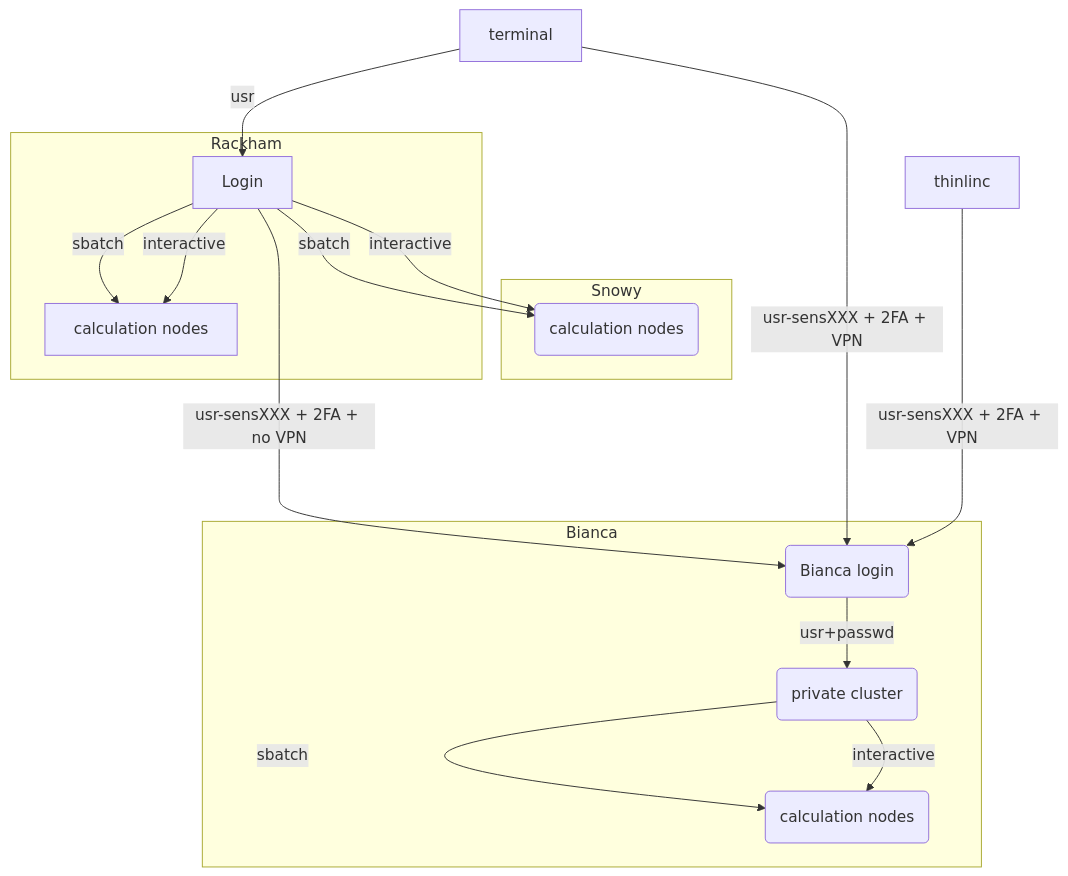
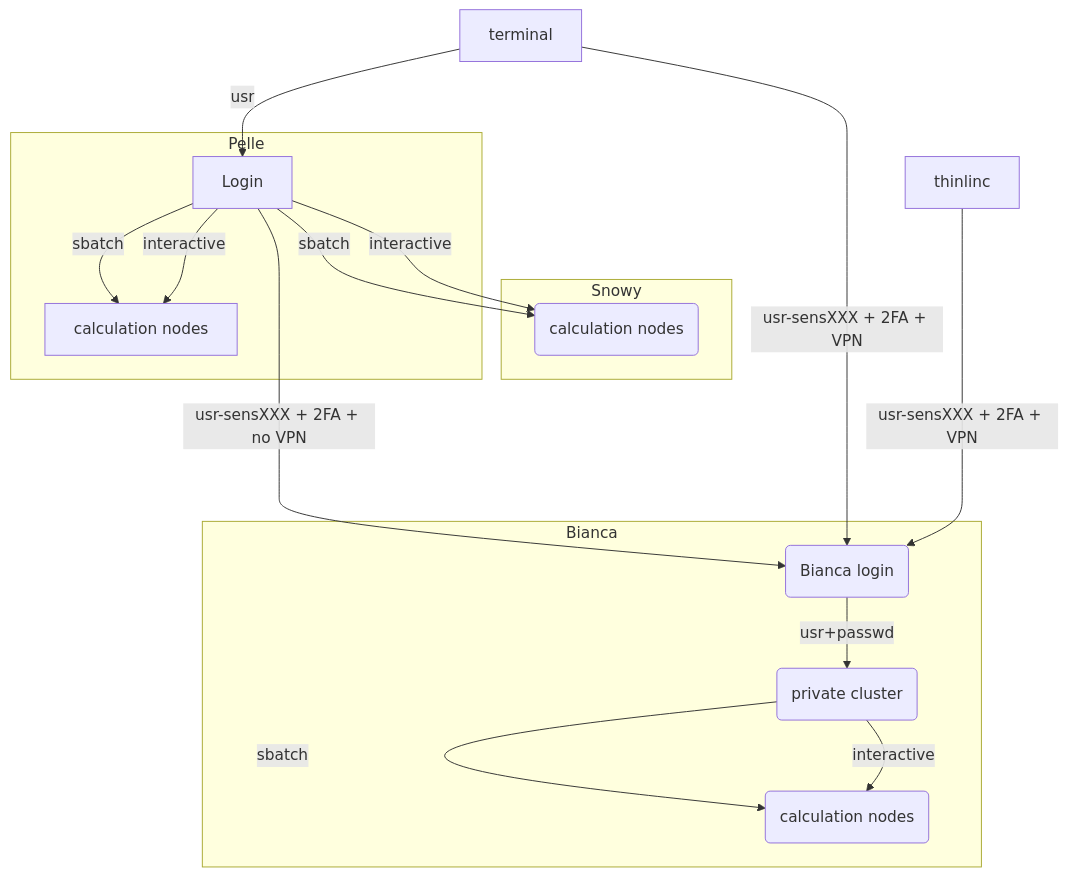
The second of 2 diagrams in docs/cluster_guides/uppmax_cluster.md (UPPMAX/UPPMAX-documentation), drawn with Mermaid before and after one commit. The commit also changed other lines of this file, not shown here.

Commit message:
No Rackham nor Snowy

````diff
--- a/docs/cluster_guides/uppmax_cluster.md
+++ b/docs/cluster_guides/uppmax_cluster.md
@@ -260,26 +223,26 @@
 ```mermaid
 
   graph TB
 
   Node1 -- interactive --> SubGraph2Flow
   Node1 -- sbatch --> SubGraph2Flow
   subgraph "Snowy"
   SubGraph2Flow(calculation nodes)
         end
 
         thinlinc -- usr-sensXXX + 2FA + VPN ----> SubGraph1Flow
         terminal -- usr --> Node1
         terminal -- usr-sensXXX + 2FA + VPN ----> SubGraph1Flow
         Node1 -- usr-sensXXX + 2FA + no VPN ----> SubGraph1Flow
 
         subgraph "Bianca"
         SubGraph1Flow(Bianca login) -- usr+passwd --> private(private cluster)
         private -- interactive --> calcB(calculation nodes)
         private -- sbatch --> calcB
         end
 
-        subgraph "Rackham"
+        subgraph "Pelle"
         Node1[Login] -- interactive --> Node2[calculation nodes]
         Node1 -- sbatch --> Node2
         end
 ```
````
